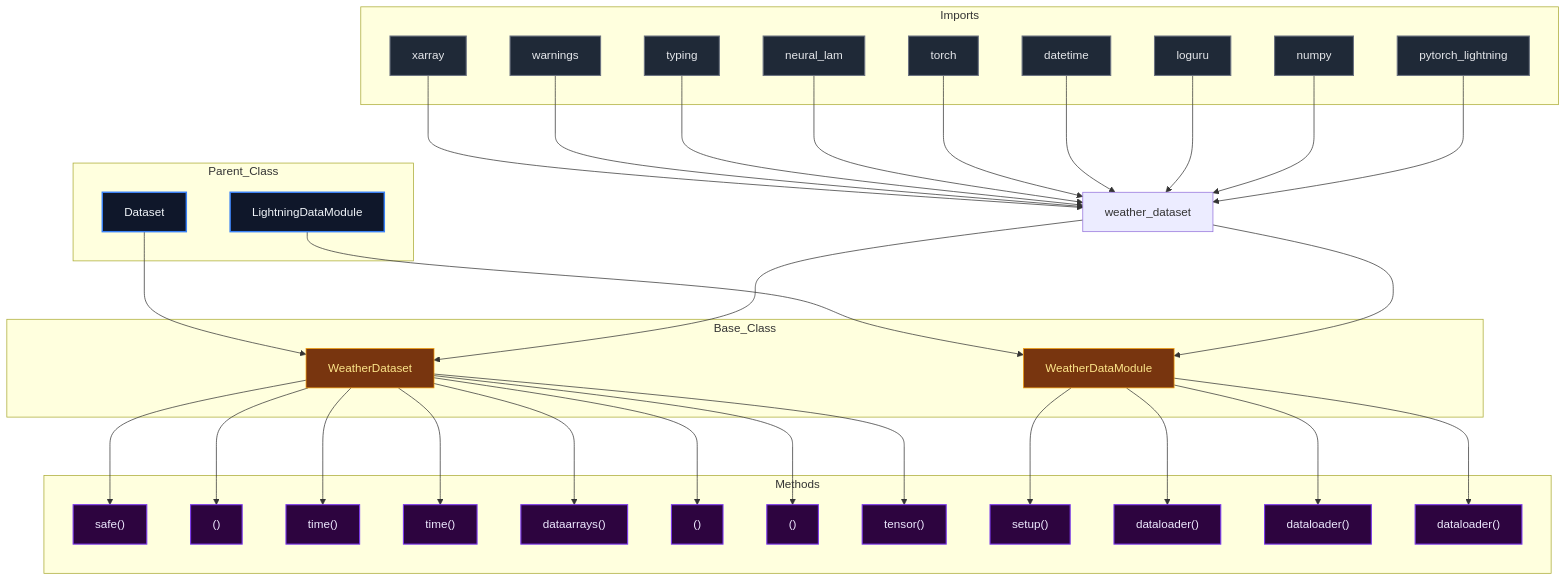
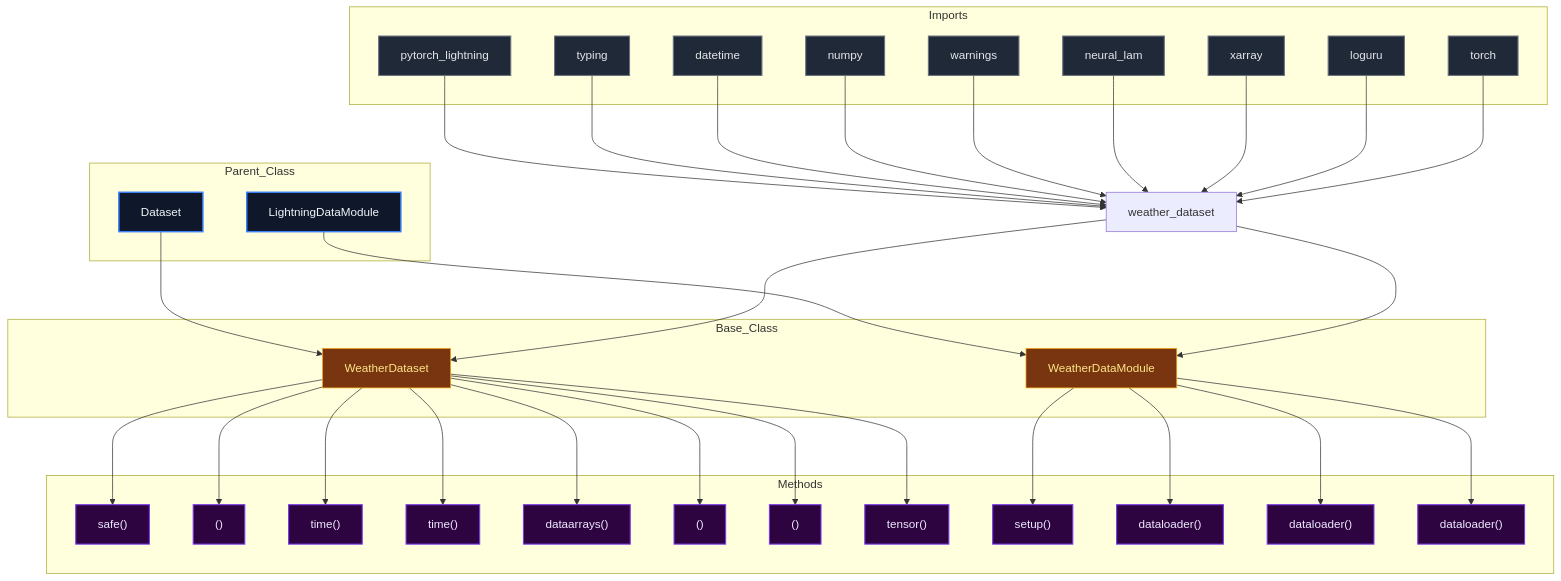
One commit to mllam/neural-lam changed the diagram in docs/diagrams/structure/weather_dataset_diagram.md. Above: the diagram before and after it, drawn with Mermaid. The commit also changed 20 other files, not shown here.

````diff
--- a/docs/diagrams/structure/weather_dataset_diagram.md
+++ b/docs/diagrams/structure/weather_dataset_diagram.md
@@ -1,81 +1,81 @@
 ```mermaid
 %%{init: {'flowchart': {'nodeSpacing': 60, 'rankSpacing': 80}}}%%
 flowchart TD
 
 module["weather_dataset"]
 
 subgraph Parent_Class
     Dataset["Dataset"]
     LightningDataModule["LightningDataModule"]
 end
 
 subgraph Base_Class
     WeatherDataset["WeatherDataset"]
     WeatherDataModule["WeatherDataModule"]
 end
 
     Dataset --> WeatherDataset
     LightningDataModule --> WeatherDataModule
 
 subgraph Imports
+    pytorch_lightning["pytorch_lightning"]
+    typing["typing"]
+    datetime["datetime"]
+    numpy["numpy"]
+    warnings["warnings"]
+    neural_lam["neural_lam"]
     xarray["xarray"]
-    warnings["warnings"]
-    typing["typing"]
-    neural_lam["neural_lam"]
+    loguru["loguru"]
     torch["torch"]
-    datetime["datetime"]
-    loguru["loguru"]
-    numpy["numpy"]
-    pytorch_lightning["pytorch_lightning"]
 end
 
+    pytorch_lightning --> module
+    typing --> module
+    datetime --> module
+    numpy --> module
+    warnings --> module
+    neural_lam --> module
     xarray --> module
-    warnings --> module
-    typing --> module
-    neural_lam --> module
+    loguru --> module
     torch --> module
-    datetime --> module
-    loguru --> module
-    numpy --> module
-    pytorch_lightning --> module
     module --> WeatherDataset
     module --> WeatherDataModule
 
 subgraph Methods
     WeatherDataset__compute_std_safe["safe()"]
     WeatherDataset___len__["()"]
     WeatherDataset__slice_state_time["time()"]
     WeatherDataset__slice_forcing_time["time()"]
     WeatherDataset__build_item_dataarrays["dataarrays()"]
     WeatherDataset___getitem__["()"]
     WeatherDataset___iter__["()"]
     WeatherDataset_create_dataarray_from_tensor["tensor()"]
     WeatherDataModule_setup["setup()"]
     WeatherDataModule_train_dataloader["dataloader()"]
     WeatherDataModule_val_dataloader["dataloader()"]
     WeatherDataModule_test_dataloader["dataloader()"]
 end
 
     WeatherDataset --> WeatherDataset__compute_std_safe
     WeatherDataset --> WeatherDataset___len__
     WeatherDataset --> WeatherDataset__slice_state_time
     WeatherDataset --> WeatherDataset__slice_forcing_time
     WeatherDataset --> WeatherDataset__build_item_dataarrays
     WeatherDataset --> WeatherDataset___getitem__
     WeatherDataset --> WeatherDataset___iter__
     WeatherDataset --> WeatherDataset_create_dataarray_from_tensor
     WeatherDataModule --> WeatherDataModule_setup
     WeatherDataModule --> WeatherDataModule_train_dataloader
     WeatherDataModule --> WeatherDataModule_val_dataloader
     WeatherDataModule --> WeatherDataModule_test_dataloader
 
 classDef parent fill:#0f172a,stroke:#3b82f6,stroke-width:2px,color:#f1f5f9,font-size:16px
 classDef base fill:#78350f,stroke:#f59e0b,stroke-width:1px,color:#fde68a,font-size:16px
 classDef import fill:#1f2937,stroke:#6b7280,stroke-width:1.5px,color:#e5e7eb,font-size:16px
 classDef method fill:#2d043f,stroke:#7c3aed,stroke-width:1.5px,color:#ede9fe,font-size:16px
 classDef callNode fill:#064e3b,stroke:#10b981,stroke-width:1.5px,color:#d1fae5,font-size:16px
 class Dataset,LightningDataModule parent
 class WeatherDataset,WeatherDataModule base
-class xarray,warnings,typing,neural_lam,torch,datetime,loguru,numpy,pytorch_lightning import
+class pytorch_lightning,typing,datetime,numpy,warnings,neural_lam,xarray,loguru,torch import
 class WeatherDataset__compute_std_safe,WeatherDataset___len__,WeatherDataset__slice_state_time,WeatherDataset__slice_forcing_time,WeatherDataset__build_item_dataarrays,WeatherDataset___getitem__,WeatherDataset___iter__,WeatherDataset_create_dataarray_from_tensor,WeatherDataModule_setup,WeatherDataModule_train_dataloader,WeatherDataModule_val_dataloader,WeatherDataModule_test_dataloader method
 ```
````
